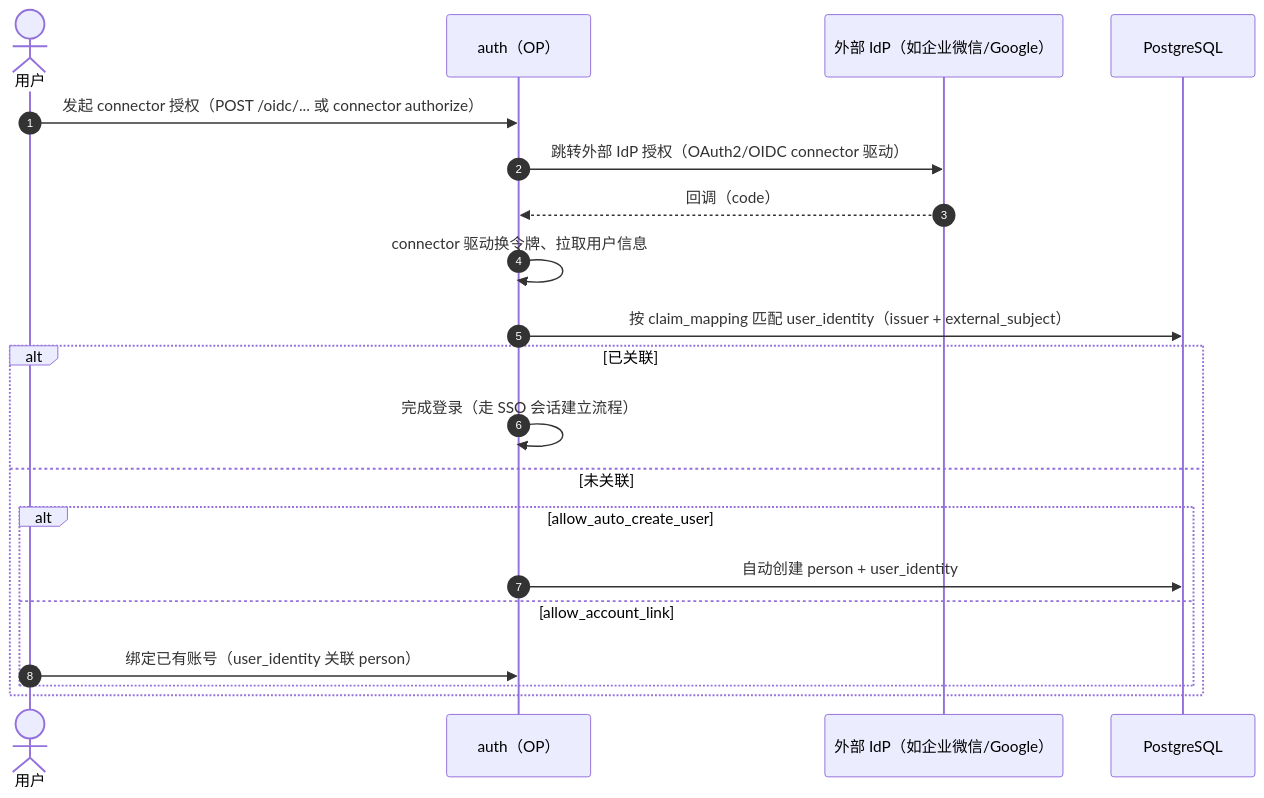
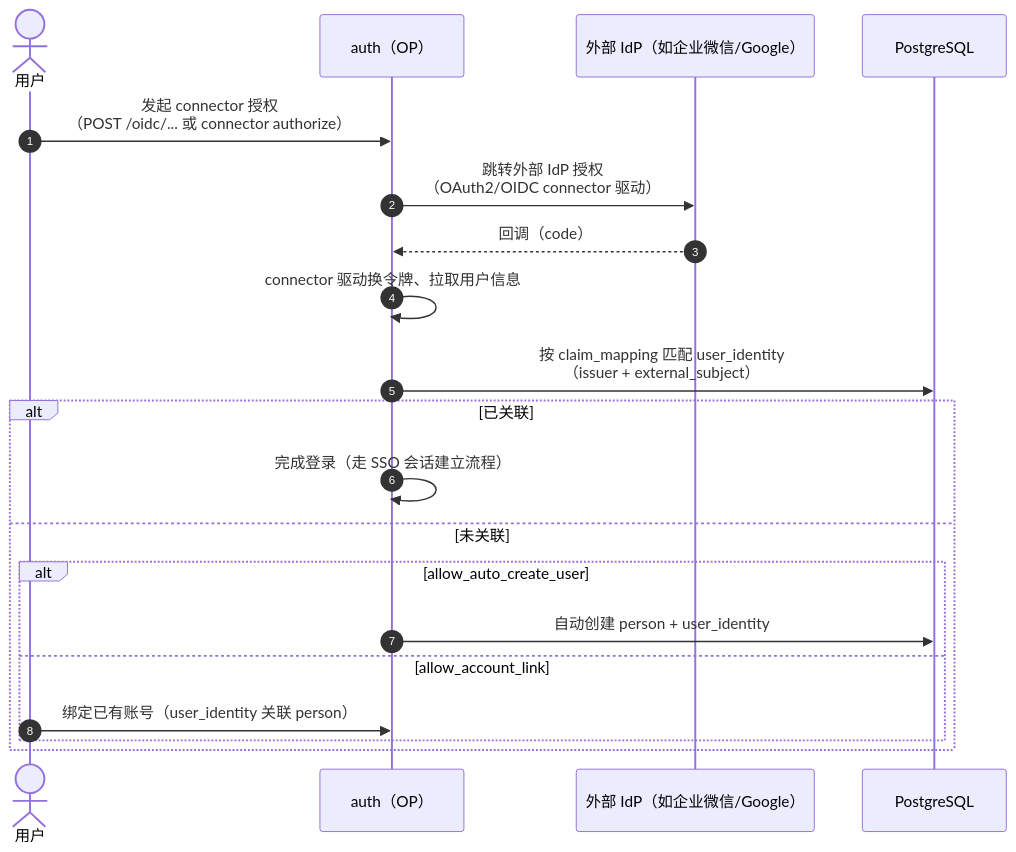
The tenth of 13 diagrams in docs/design/system-design.md (morehao/ark-iam), drawn with Mermaid before and after one commit. The commit also changed other lines of this file and 172 other files, not shown here.

````diff
--- a/docs/design/system-design.md
+++ b/docs/design/system-design.md
@@ -742,23 +710,23 @@
 ```mermaid
 sequenceDiagram
     autonumber
     actor U as 用户
     participant A as auth（OP）
     participant EXT as 外部 IdP（如企业微信/Google）
     participant DB as PostgreSQL
 
-    U->>A: 发起 connector 授权（POST /oidc/... 或 connector authorize）
-    A->>EXT: 跳转外部 IdP 授权（OAuth2/OIDC connector 驱动）
+    U->>A: 发起 connector 授权<br/>（POST /oidc/... 或 connector authorize）
+    A->>EXT: 跳转外部 IdP 授权<br/>（OAuth2/OIDC connector 驱动）
     EXT-->>A: 回调（code）
     A->>A: connector 驱动换令牌、拉取用户信息
-    A->>DB: 按 claim_mapping 匹配 user_identity（issuer + external_subject）
+    A->>DB: 按 claim_mapping 匹配 user_identity<br/>（issuer + external_subject）
     alt 已关联
         A->>A: 完成登录（走 SSO 会话建立流程）
     else 未关联
         alt allow_auto_create_user
             A->>DB: 自动创建 person + user_identity
         else allow_account_link
             U->>A: 绑定已有账号（user_identity 关联 person）
         end
     end
 ```
````
